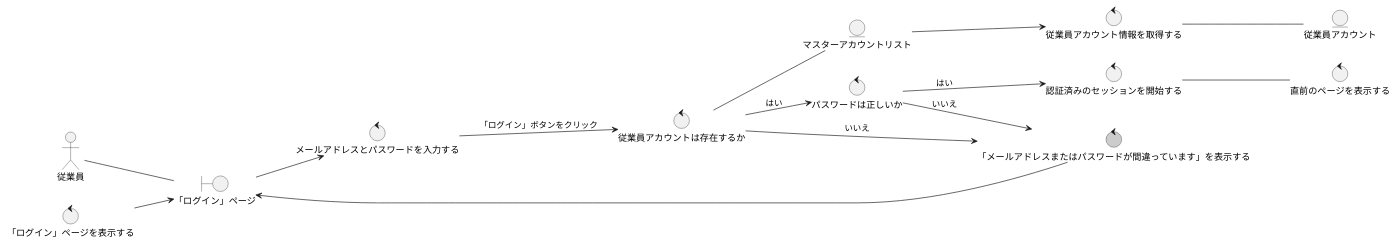
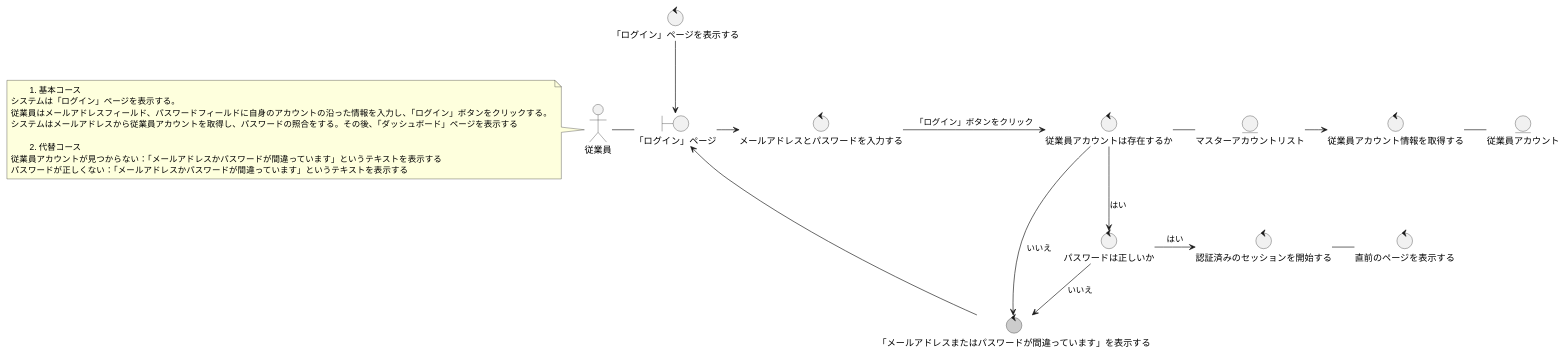
Before and after one commit to k42un0k0/k42un0k0force: the diagram in doc/v1.0.0/従業員ロバストネス図/ログインする.pu, drawn with PlantUML.

Commit message:
add note

```diff
--- a/doc/v1.0.0/従業員ロバストネス図/ログインする.pu
+++ b/doc/v1.0.0/従業員ロバストネス図/ログインする.pu
@@ -1,32 +1,44 @@
 @startuml
-left to right direction
+
 
 actor 従業員
+note left
+### 基本コース
+システムは「ログイン」ページを表示する。
+従業員はメールアドレスフィールド、パスワードフィールドに自身のアカウントの沿った情報を入力し、「ログイン」ボタンをクリックする。
+システムはメールアドレスから従業員アカウントを取得し、パスワードの照合をする。その後、「ダッシュボード」ページを表示する
+
+### 代替コース
+従業員アカウントが見つからない：「メールアドレスかパスワードが間違っています」というテキストを表示する
+パスワードが正しくない：「メールアドレスかパスワードが間違っています」というテキストを表示する
+end note
 boundary "「ログイン」ページ" as loginPage
 entity マスターアカウントリスト
 entity 従業員アカウント
 control "「ログイン」ページを表示する" as showLoginPage
 control メールアドレスとパスワードを入力する
 control 従業員アカウントは存在するか
 control 従業員アカウント情報を取得する
 control パスワードは正しいか
 control "「メールアドレスまたはパスワードが間違っています」を表示する" as loginErrorMessage #ccc
 control 認証済みのセッションを開始する
 control "直前のページを表示する" as showLastPage
 
 
-従業員 -- loginPage
+
+
+従業員 - loginPage
 showLoginPage --> loginPage
-loginPage --> メールアドレスとパスワードを入力する
-メールアドレスとパスワードを入力する --> 従業員アカウントは存在するか : 「ログイン」ボタンをクリック
-従業員アカウントは存在するか -- マスターアカウントリスト
-マスターアカウントリスト --> 従業員アカウント情報を取得する
-従業員アカウント情報を取得する -- 従業員アカウント
+loginPage -> メールアドレスとパスワードを入力する
+メールアドレスとパスワードを入力する -> 従業員アカウントは存在するか : 「ログイン」ボタンをクリック
+従業員アカウントは存在するか - マスターアカウントリスト
+マスターアカウントリスト -> 従業員アカウント情報を取得する
+従業員アカウント情報を取得する - 従業員アカウント
 従業員アカウントは存在するか --> パスワードは正しいか : はい
 従業員アカウントは存在するか --> loginErrorMessage : いいえ
 パスワードは正しいか --> loginErrorMessage : いいえ
-パスワードは正しいか --> 認証済みのセッションを開始する : はい
-認証済みのセッションを開始する -- showLastPage
-loginErrorMessage --> loginPage
+パスワードは正しいか -> 認証済みのセッションを開始する : はい
+認証済みのセッションを開始する - showLastPage
+loginErrorMessage -> loginPage
 
 @enduml
```
